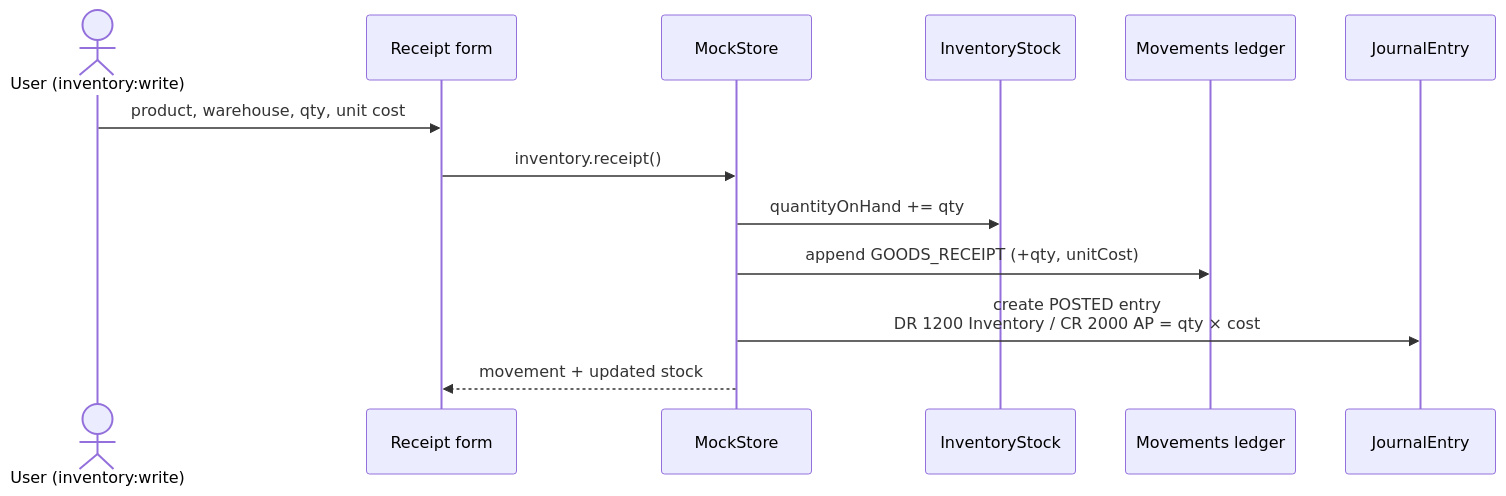
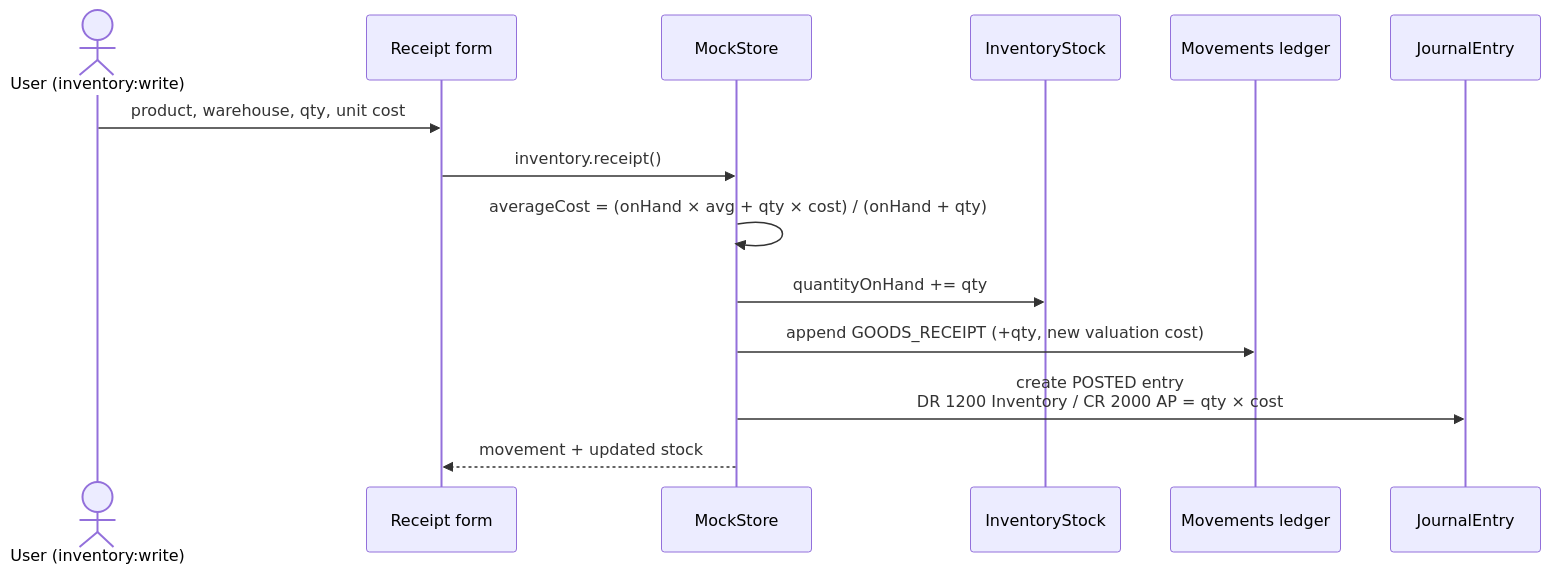
Before and after one commit to ahmed-226/ERP-Suite: the seventh of 11 diagrams in docs/WORKFLOWS.md, drawn with Mermaid. The commit also changed other lines of this file and 23 other files, not shown here.

Commit message:
feat(inventory): value stock at weighted average and cost issues server-side

````diff
--- a/docs/WORKFLOWS.md
+++ b/docs/WORKFLOWS.md
@@ -114,16 +114,17 @@
 ```mermaid
 sequenceDiagram
     actor U as User (inventory:write)
     participant P as Receipt form
     participant S as MockStore
     participant ST as InventoryStock
     participant M as Movements ledger
     participant J as JournalEntry
 
     U->>P: product, warehouse, qty, unit cost
     P->>S: inventory.receipt()
+    S->>S: averageCost = (onHand × avg + qty × cost) / (onHand + qty)
     S->>ST: quantityOnHand += qty
-    S->>M: append GOODS_RECEIPT (+qty, unitCost)
+    S->>M: append GOODS_RECEIPT (+qty, new valuation cost)
     S->>J: create POSTED entry<br/>DR 1200 Inventory / CR 2000 AP = qty × cost
     S-->>P: movement + updated stock
 ```
````
